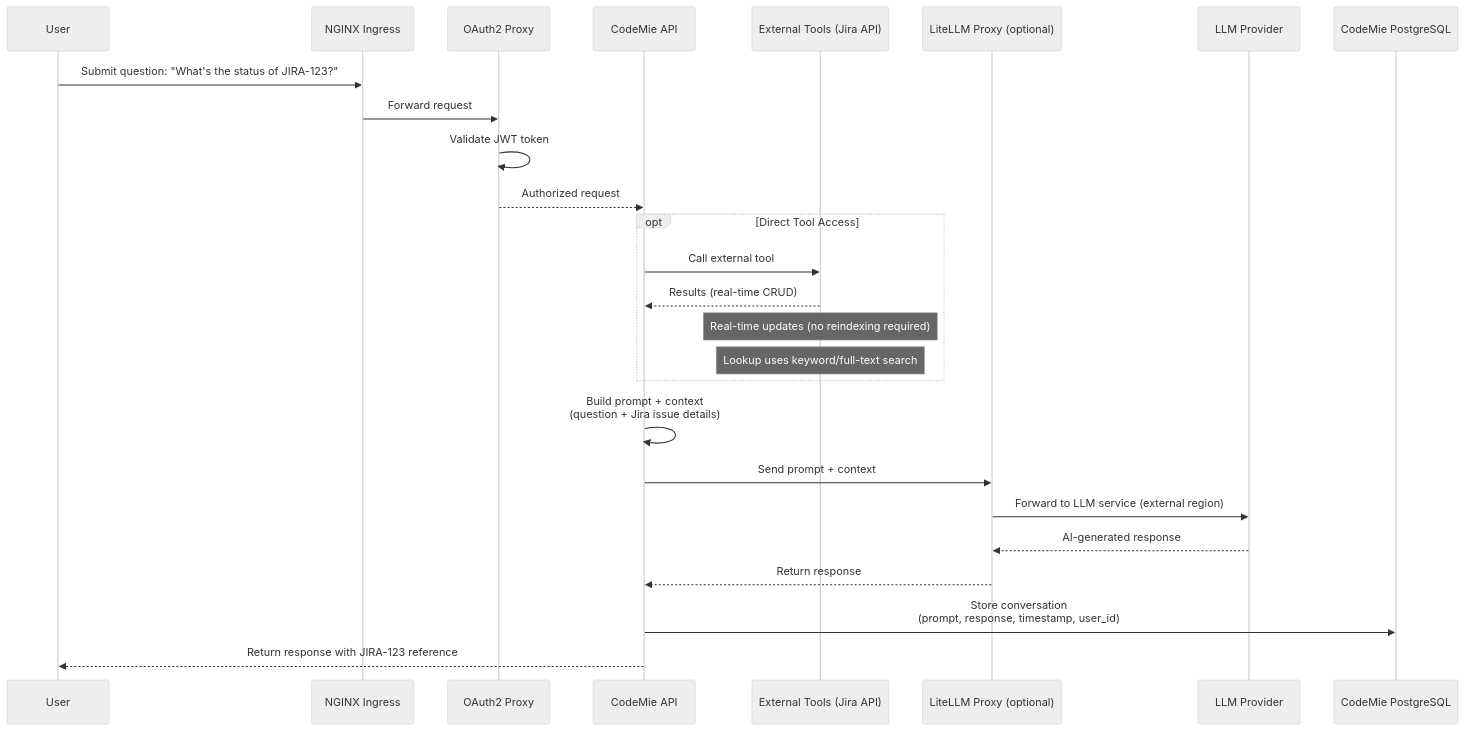
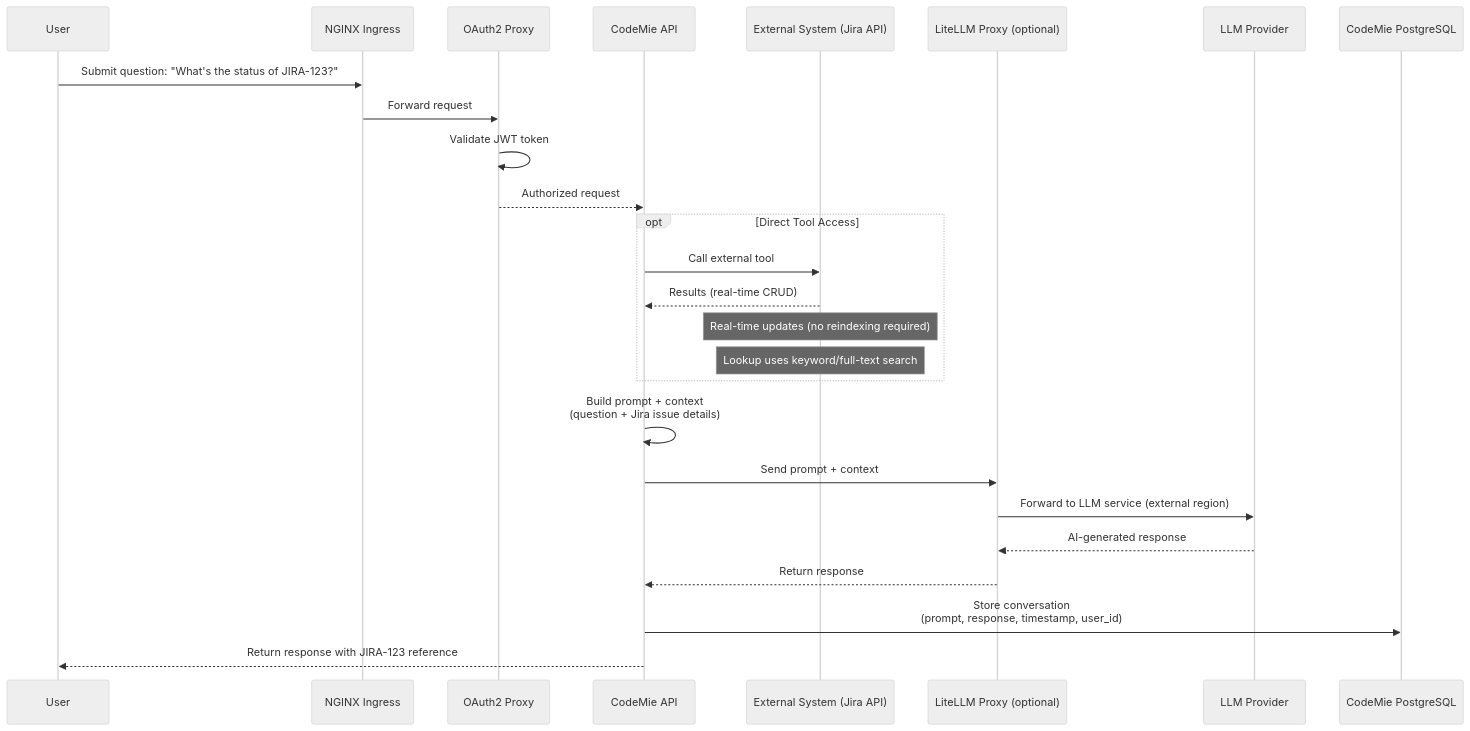
Before and after one commit to codemie-ai/docs: the fourth of 4 diagrams in docs/admin/security/data-processing-storage.md, drawn with Mermaid (neutral theme). The commit also changed other lines of this file, not shown here.

Commit message:
docs: small fix in names

````diff
--- a/docs/admin/security/data-processing-storage.md
+++ b/docs/admin/security/data-processing-storage.md
@@ -286,34 +286,34 @@
 ```mermaid
 sequenceDiagram
   participant User
   participant NGINX as NGINX Ingress
   participant OAuth as OAuth2 Proxy
   participant API as CodeMie API
-  participant Tools as External Tools (Jira API)
+  participant Tools as External System (Jira API)
   participant LiteLLM as LiteLLM Proxy (optional)
   participant LLM as LLM Provider
   participant CodeMieDB as CodeMie PostgreSQL
 
   User->>NGINX: Submit question: "What's the status of JIRA-123?"
   NGINX->>OAuth: Forward request
   OAuth->>OAuth: Validate JWT token
   OAuth-->>API: Authorized request
 
   opt Direct Tool Access
     API->>Tools: Call external tool
     Tools-->>API: Results (real-time CRUD)
     Note over Tools: Real-time updates (no reindexing required)
     Note over Tools: Lookup uses keyword/full-text search
   end
 
   API->>API: Build prompt + context<br/>(question + Jira issue details)
 
   API->>LiteLLM: Send prompt + context
   LiteLLM->>LLM: Forward to LLM service (external region)
   LLM-->>LiteLLM: AI-generated response
   LiteLLM-->>API: Return response
 
   API->>CodeMieDB: Store conversation<br/>(prompt, response, timestamp, user_id)
 
   API-->>User: Return response with JIRA-123 reference
 ```
````
